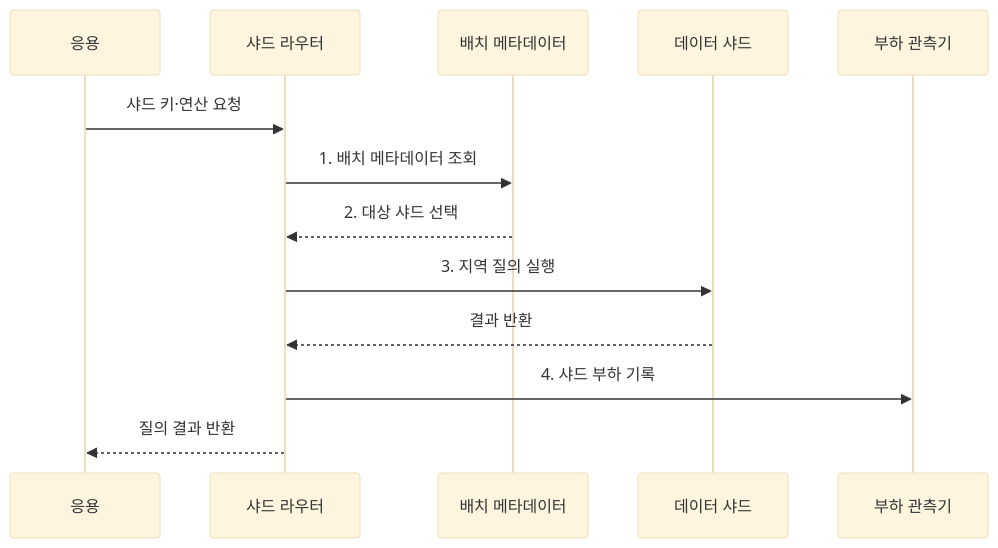
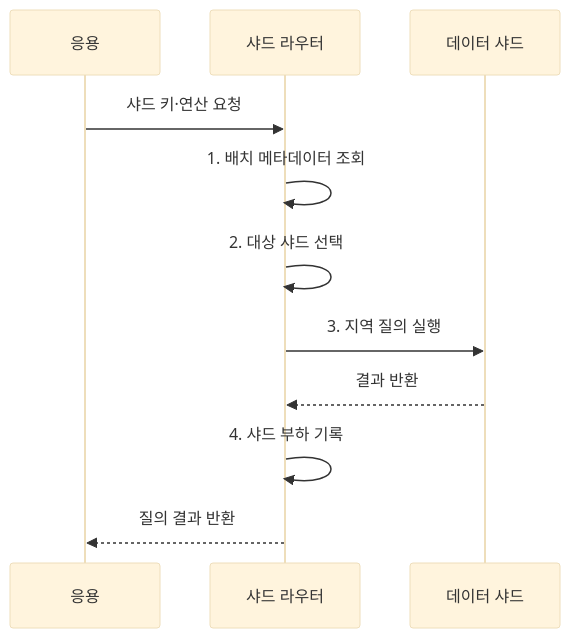
Before and after one commit to agnusdei1207/knowledge-base: the second of 2 diagrams in src/content/docs/notes/03-software/099_sharding.md, drawn with Mermaid (base theme). The commit also changed 8 other files, not shown here.

Commit message:
Simplify database execution diagrams

````diff
--- a/src/content/docs/notes/03-software/099_sharding.md
+++ b/src/content/docs/notes/03-software/099_sharding.md
@@ -99,15 +99,13 @@
 ```mermaid
 sequenceDiagram
     participant A as 응용
     participant R as 샤드 라우터
-    participant M as 배치 메타데이터
     participant S as 데이터 샤드
-    participant O as 부하 관측기
     A->>R: 샤드 키·연산 요청
-    R->>M: 1. 배치 메타데이터 조회
-    M-->>R: 2. 대상 샤드 선택
+    R->>R: 1. 배치 메타데이터 조회
+    R->>R: 2. 대상 샤드 선택
     R->>S: 3. 지역 질의 실행
     S-->>R: 결과 반환
-    R->>O: 4. 샤드 부하 기록
+    R->>R: 4. 샤드 부하 기록
     R-->>A: 질의 결과 반환
 ```
````
